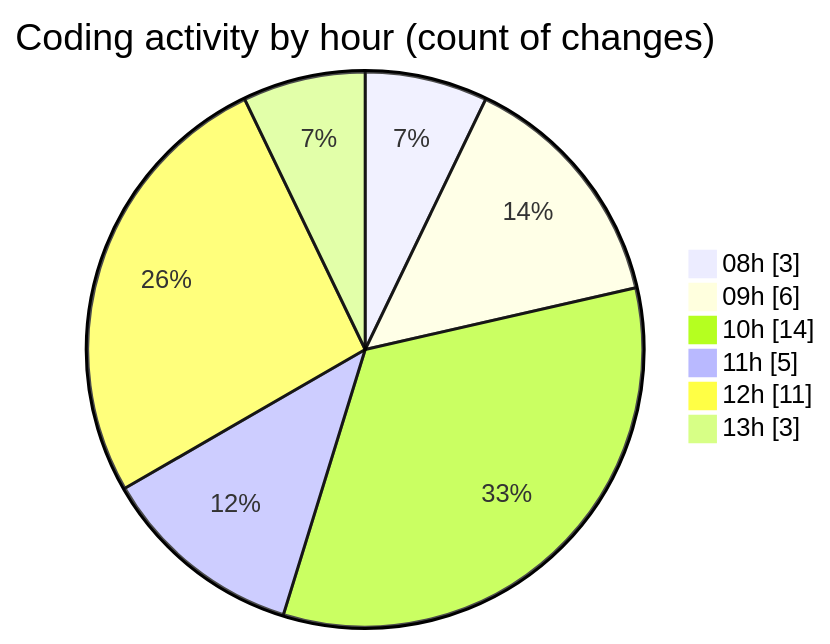
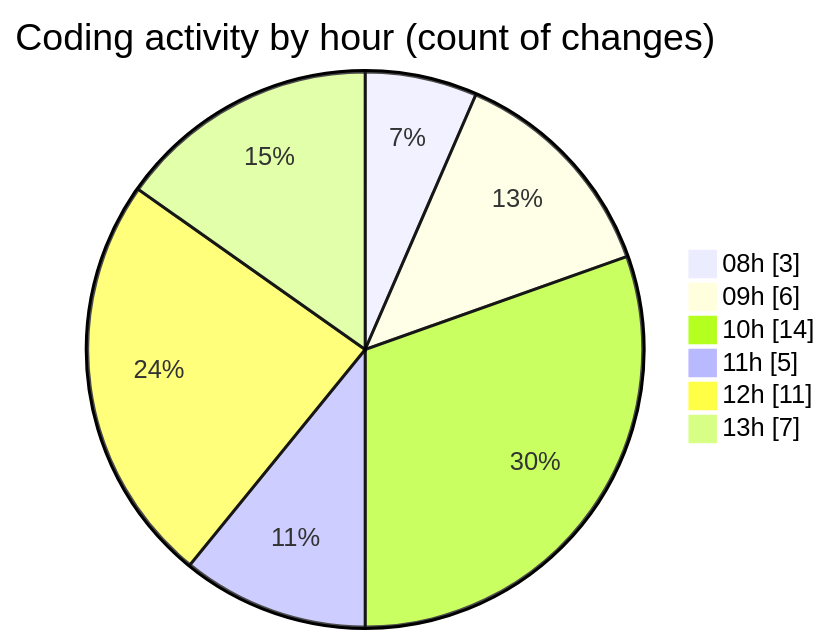
Before and after one commit to BS-eng2023/code-tracking: the second of 2 diagrams in 2025-04-01/jsvms/README.md, drawn with Mermaid. The commit also changed other lines of this file and 1 other file, not shown here.

````diff
--- a/2025-04-01/jsvms/README.md
+++ b/2025-04-01/jsvms/README.md
@@ -45,10 +45,10 @@
 ```mermaid
 pie showData
 title Coding activity by hour (count of changes)
 "08h" : 3
 "09h" : 6
 "10h" : 14
 "11h" : 5
 "12h" : 11
-"13h" : 3
+"13h" : 7
 ```
````
